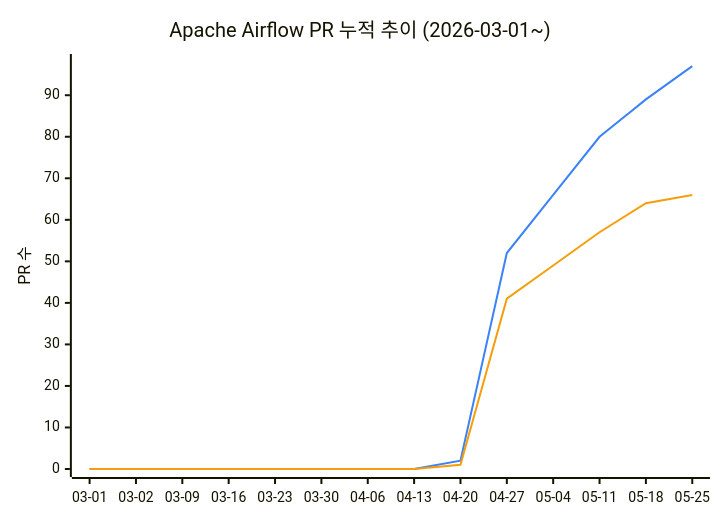
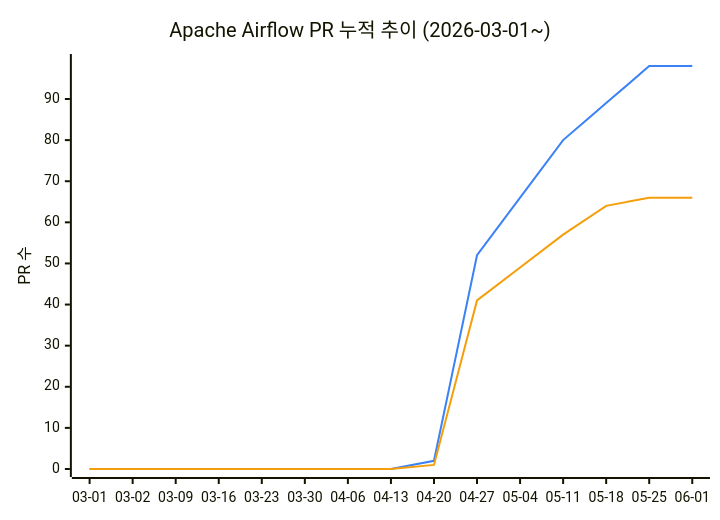
The diagram in README.md (AirflowKorea/ossca), drawn with Mermaid before and after one commit. The commit also changed other lines of this file, not shown here.

Commit message:
chore: update PR stats (2026-06-01 23:05 UTC)

````diff
--- a/README.md
+++ b/README.md
@@ -11,9 +11,9 @@
 ```mermaid
 %%{init: {"themeVariables": {"xyChart": {"plotColorPalette": "#3b82f6, #f59e0b"}}}}%%
 xychart-beta
     title "Apache Airflow PR 누적 추이 (2026-03-01~)"
-    x-axis ["03-01", "03-02", "03-09", "03-16", "03-23", "03-30", "04-06", "04-13", "04-20", "04-27", "05-04", "05-11", "05-18", "05-25"]
-    y-axis "PR 수" 0 --> 98
-    line [0, 0, 0, 0, 0, 0, 0, 0, 2, 52, 66, 80, 89, 97]
-    line [0, 0, 0, 0, 0, 0, 0, 0, 1, 41, 49, 57, 64, 66]
+    x-axis ["03-01", "03-02", "03-09", "03-16", "03-23", "03-30", "04-06", "04-13", "04-20", "04-27", "05-04", "05-11", "05-18", "05-25", "06-01"]
+    y-axis "PR 수" 0 --> 99
+    line [0, 0, 0, 0, 0, 0, 0, 0, 2, 52, 66, 80, 89, 98, 98]
+    line [0, 0, 0, 0, 0, 0, 0, 0, 1, 41, 49, 57, 64, 66, 66]
 ```
````
